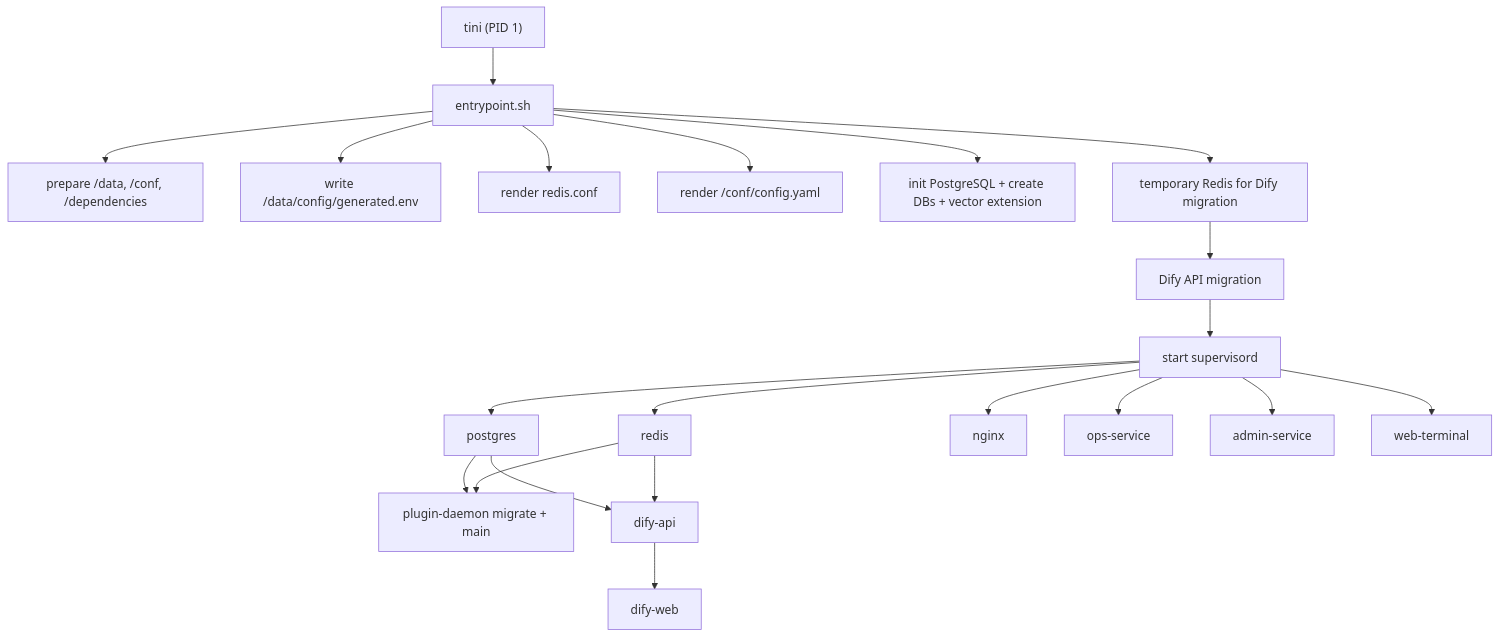
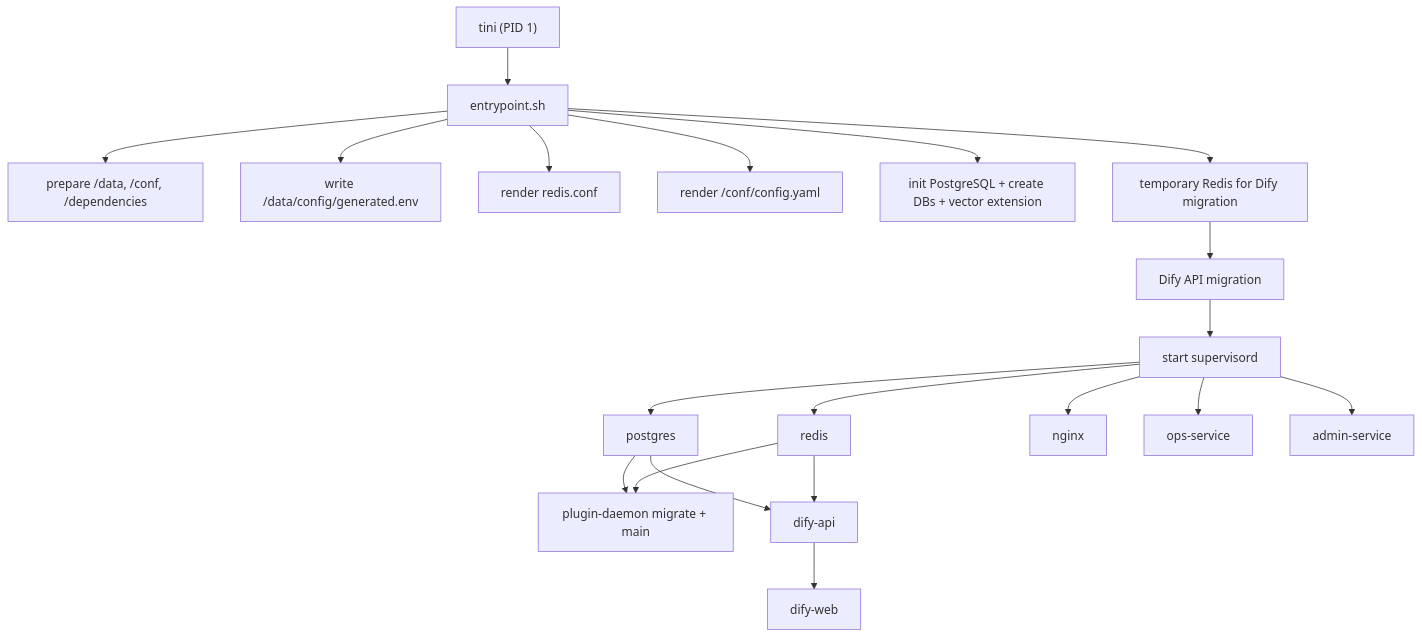
The third of 3 diagrams in docs/architecture.md (BlueSkyXN/Dify-all-in-one-HFS), drawn with Mermaid before and after one commit. The commit also changed other lines of this file and 27 other files, not shown here.

````diff
--- a/docs/architecture.md
+++ b/docs/architecture.md
@@ -125,23 +121,22 @@
 ```mermaid
 flowchart TD
     tini["tini (PID 1)"] --> entry["entrypoint.sh"]
     entry --> dirs["prepare /data, /conf, /dependencies"]
     entry --> secrets["write /data/config/generated.env"]
     entry --> redis_conf["render redis.conf"]
     entry --> sandbox_conf["render /conf/config.yaml"]
     entry --> pg_init["init PostgreSQL + create DBs + vector extension"]
     entry --> temp_redis["temporary Redis for Dify migration"]
     temp_redis --> dify_migrate["Dify API migration"]
     dify_migrate --> supervisor["start supervisord"]
     supervisor --> postgres["postgres"]
     supervisor --> redis["redis"]
     postgres --> plugin["plugin-daemon migrate + main"]
     redis --> plugin
     postgres --> api["dify-api"]
     redis --> api
     api --> web["dify-web"]
     supervisor --> nginx["nginx"]
     supervisor --> ops["ops-service"]
     supervisor --> admin["admin-service"]
-    supervisor --> terminal["web-terminal"]
 ```
````
